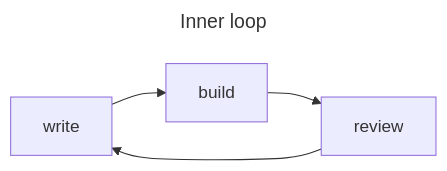
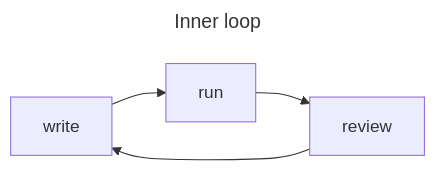
The second of 2 diagrams in _posts/2025-03-13-continuous-reproducibility.md (petebachant/petebachant.github.io), drawn with Mermaid before and after one commit.

````diff
--- a/_posts/2025-03-13-continuous-reproducibility.md
+++ b/_posts/2025-03-13-continuous-reproducibility.md
@@ -206,9 +206,9 @@
 ```mermaid
 ---
 title: Inner loop
 ---
 flowchart LR
-    A[write] --> B[build]
+    A[write] --> B[run]
     B --> C[review]
     C --> A
 ```
````
